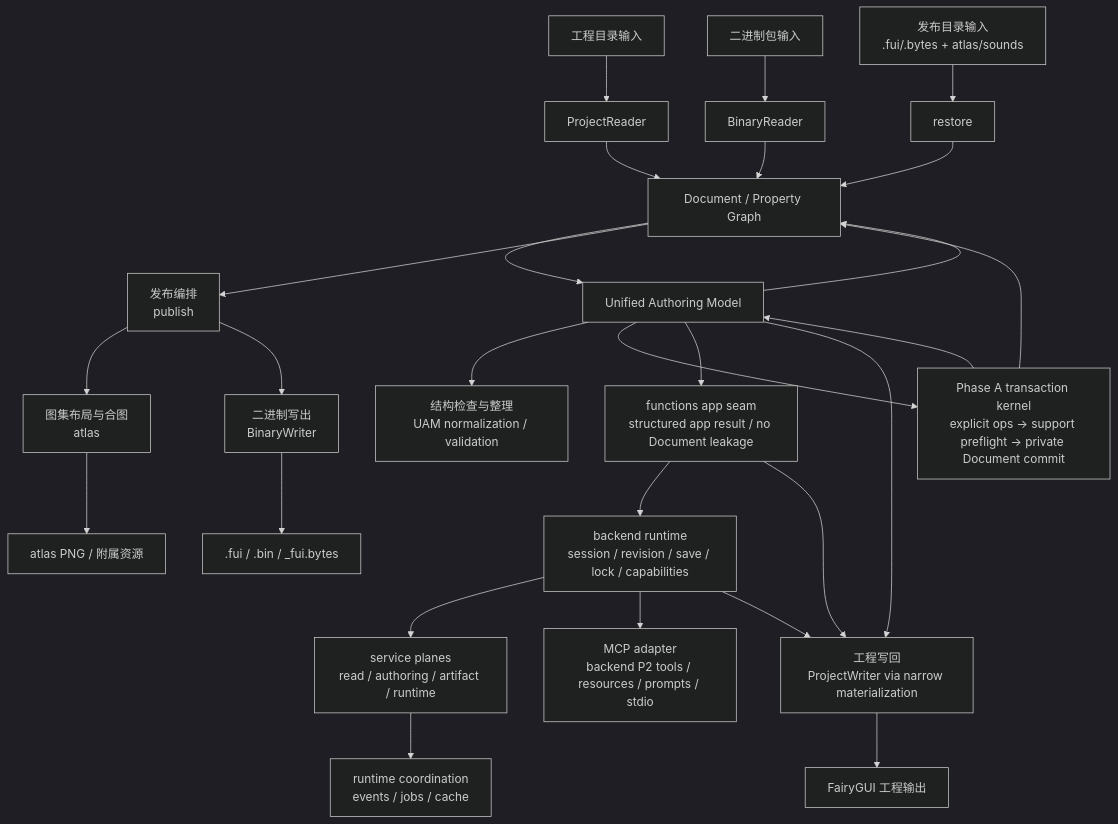
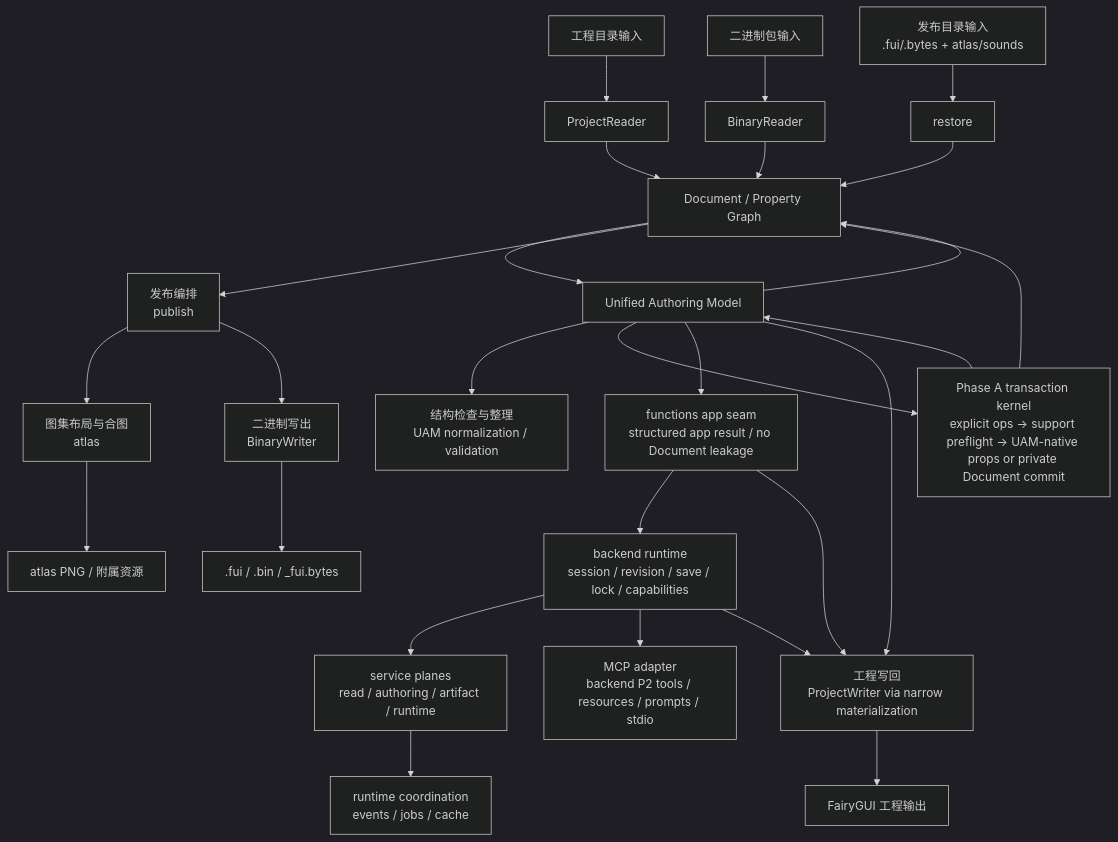
Before and after one commit to OpenFairyGUI/OpenFairyGUI: the second of 2 diagrams in docs/architecture-overview.md, drawn with Mermaid (dark theme). The commit also changed other lines of this file and 3 other files, not shown here.

````diff
--- a/docs/architecture-overview.md
+++ b/docs/architecture-overview.md
@@ -268,29 +268,29 @@
 ```mermaid
 flowchart TD
     A["工程目录输入"] --> B["ProjectReader"]
     X["二进制包输入"] --> Y["BinaryReader"]
     R["发布目录输入<br/>.fui/.bytes + atlas/sounds"] --> S["restore"]
     B --> C["Document / Property Graph"]
     Y --> C
     S --> C
     C --> U["Unified Authoring Model"]
     U --> D["结构检查与整理<br/>UAM normalization / validation"]
-    U --> T["Phase A transaction kernel<br/>explicit ops -> support preflight -> private Document commit"]
+    U --> T["Phase A transaction kernel<br/>explicit ops -> support preflight -> UAM-native props or private Document commit"]
     U --> A2["functions app seam<br/>structured app result / no Document leakage"]
     A2 --> B2["backend runtime<br/>session / revision / save / lock / capabilities"]
     B2 --> B3["service planes<br/>read / authoring / artifact / runtime"]
     B3 --> B4["runtime coordination<br/>events / jobs / cache"]
     B2 --> M1["MCP adapter<br/>backend P2 tools / resources / prompts / stdio"]
     T --> U
     T --> C
     U --> F["工程写回<br/>ProjectWriter via narrow materialization"]
     A2 --> F
     B2 --> F
     U --> C
     C --> E["发布编排<br/>publish"]
     E --> G["图集布局与合图<br/>atlas"]
     E --> H["二进制写出<br/>BinaryWriter"]
     F --> I["FairyGUI 工程输出"]
     G --> J["atlas PNG / 附属资源"]
     H --> K[".fui / .bin / _fui.bytes"]
 ```
````
